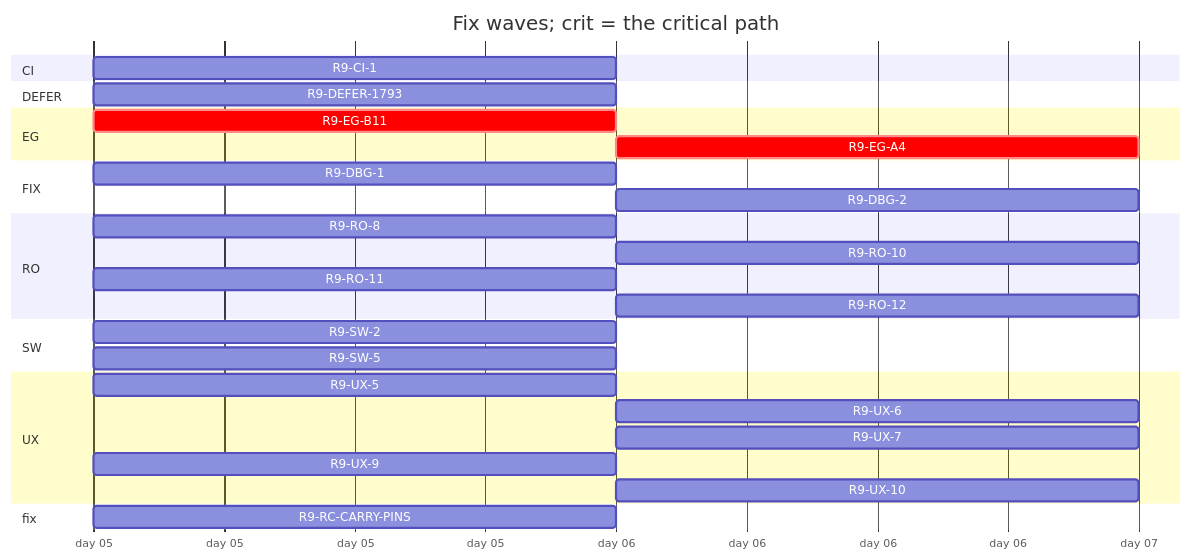
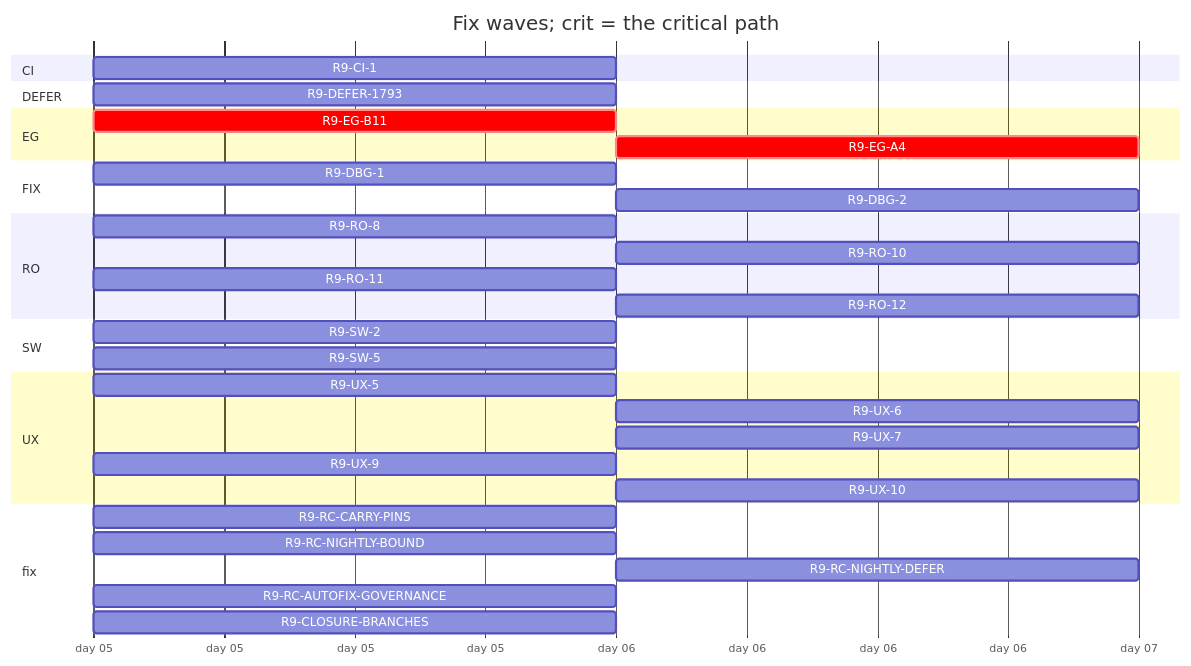
The diagram in handoff/round9/state/PLAN-TABLE.md (tvofi/heatpump_optimizer), drawn with Mermaid before and after one commit. The commit also changed other lines of this file and 2 other files, not shown here.

Commit message:
state: 10:40Z -- closure branch-prune group, autofix-governance group, nightly RCA groups

````diff
--- a/handoff/round9/state/PLAN-TABLE.md
+++ b/handoff/round9/state/PLAN-TABLE.md
@@ -21,32 +21,36 @@
 ```mermaid
 gantt
   title Fix waves; crit = the critical path
   dateFormat YYYY-MM-DD
   axisFormat day %d
   section CI
     R9-CI-1 :r9CI1, 2026-01-05, 1d
   section DEFER
     R9-DEFER-1793 :r9DEFER1793, 2026-01-05, 1d
   section EG
     R9-EG-B11 :crit, r9EGB11, 2026-01-05, 1d
     R9-EG-A4 :crit, r9EGA4, after r9EGB11, 1d
   section FIX
     R9-DBG-1 :r9DBG1, 2026-01-05, 1d
     R9-DBG-2 :r9DBG2, after r9DBG1, 1d
   section RO
     R9-RO-8 :r9RO8, 2026-01-05, 1d
     R9-RO-10 :r9RO10, after r9RO8, 1d
     R9-RO-11 :r9RO11, 2026-01-05, 1d
     R9-RO-12 :r9RO12, after r9CI1, 1d
   section SW
     R9-SW-2 :r9SW2, 2026-01-05, 1d
     R9-SW-5 :r9SW5, 2026-01-05, 1d
   section UX
     R9-UX-5 :r9UX5, 2026-01-05, 1d
     R9-UX-6 :r9UX6, after r9EGB11 r9UX5, 1d
     R9-UX-7 :r9UX7, after r9EGB11 r9UX5, 1d
     R9-UX-9 :r9UX9, 2026-01-05, 1d
     R9-UX-10 :r9UX10, after r9UX9, 1d
   section fix
     R9-RC-CARRY-PINS :r9RCCARRYPINS, 2026-01-05, 1d
+    R9-RC-NIGHTLY-BOUND :r9RCNIGHTLYBOUND, 2026-01-05, 1d
+    R9-RC-NIGHTLY-DEFER :r9RCNIGHTLYDEFER, after r9RCNIGHTLYBOUND, 1d
+    R9-RC-AUTOFIX-GOVERNANCE :r9RCAUTOFIXGOVERNANCE, 2026-01-05, 1d
+    R9-CLOSURE-BRANCHES :r9CLOSUREBRANCHES, 2026-01-05, 1d
 ```
````
